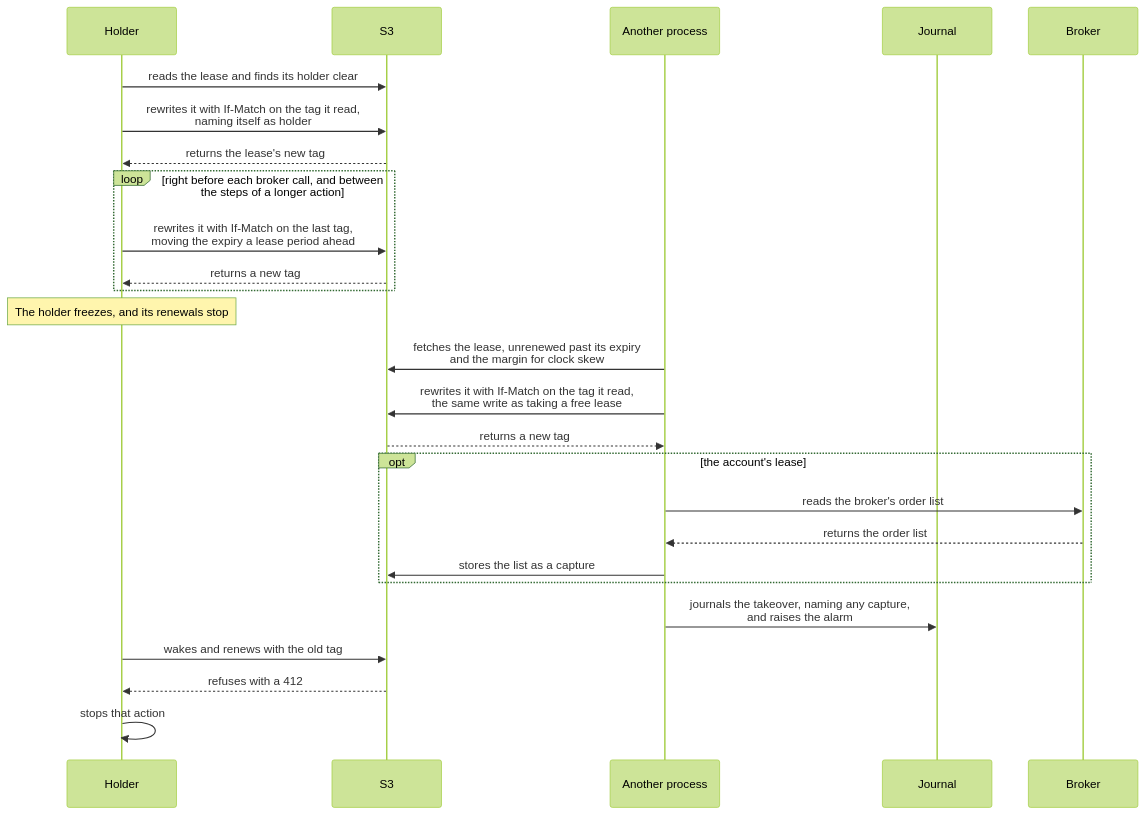
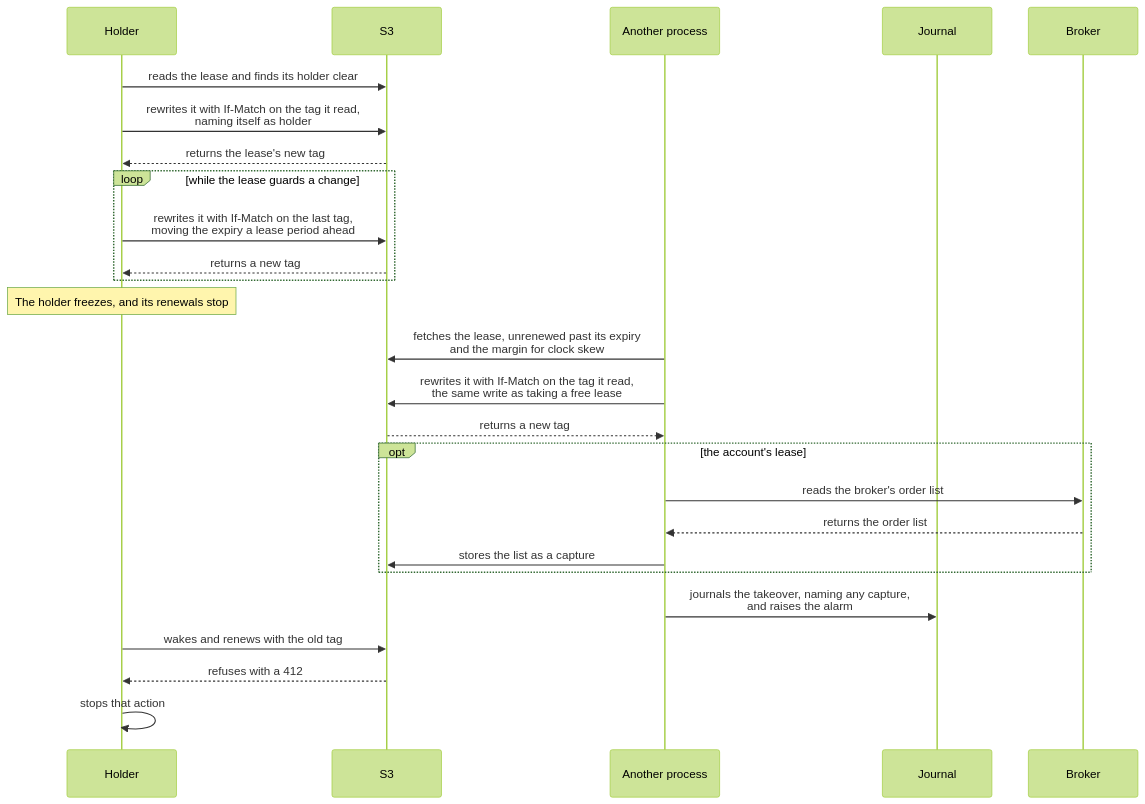
One commit to l3a0/ithildin-runtime changed the third of 3 diagrams in docs/halts-and-drills.md. Above: the diagram before and after it, drawn with Mermaid (forest theme). The commit also changed other lines of this file and 4 other files, not shown here.

````diff
--- a/docs/halts-and-drills.md
+++ b/docs/halts-and-drills.md
@@ -326,28 +326,28 @@
 ```mermaid
 sequenceDiagram
     participant A as Holder
     participant S as S3
     participant B as Another process
     participant J as Journal
     participant K as Broker
     A->>S: reads the lease and finds its holder clear
     A->>S: rewrites it with If-Match on the tag it read,<br/>naming itself as holder
     S-->>A: returns the lease's new tag
-    loop right before each broker call, and between the steps of a longer action
+    loop while the lease guards a change
         A->>S: rewrites it with If-Match on the last tag,<br/>moving the expiry a lease period ahead
         S-->>A: returns a new tag
     end
     Note over A: The holder freezes, and its renewals stop
     B->>S: fetches the lease, unrenewed past its expiry<br/>and the margin for clock skew
     B->>S: rewrites it with If-Match on the tag it read,<br/>the same write as taking a free lease
     S-->>B: returns a new tag
     opt the account's lease
         B->>K: reads the broker's order list
         K-->>B: returns the order list
         B->>S: stores the list as a capture
     end
     B->>J: journals the takeover, naming any capture,<br/>and raises the alarm
     A->>S: wakes and renews with the old tag
     S-->>A: refuses with a 412
     A->>A: stops that action
 ```
````
